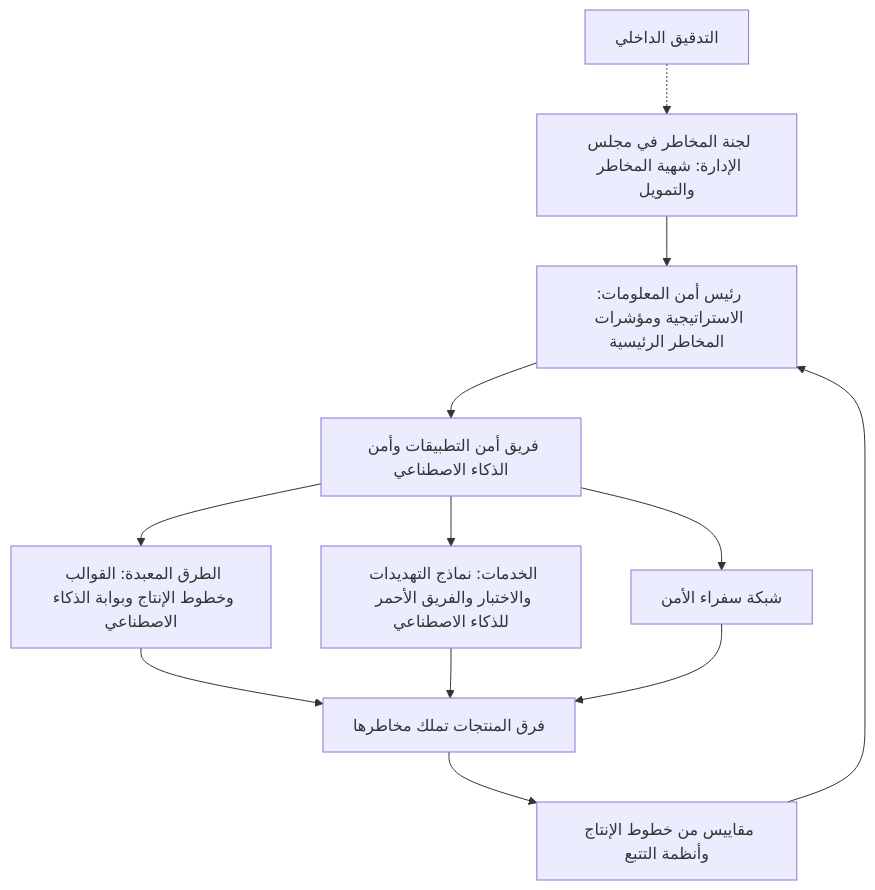
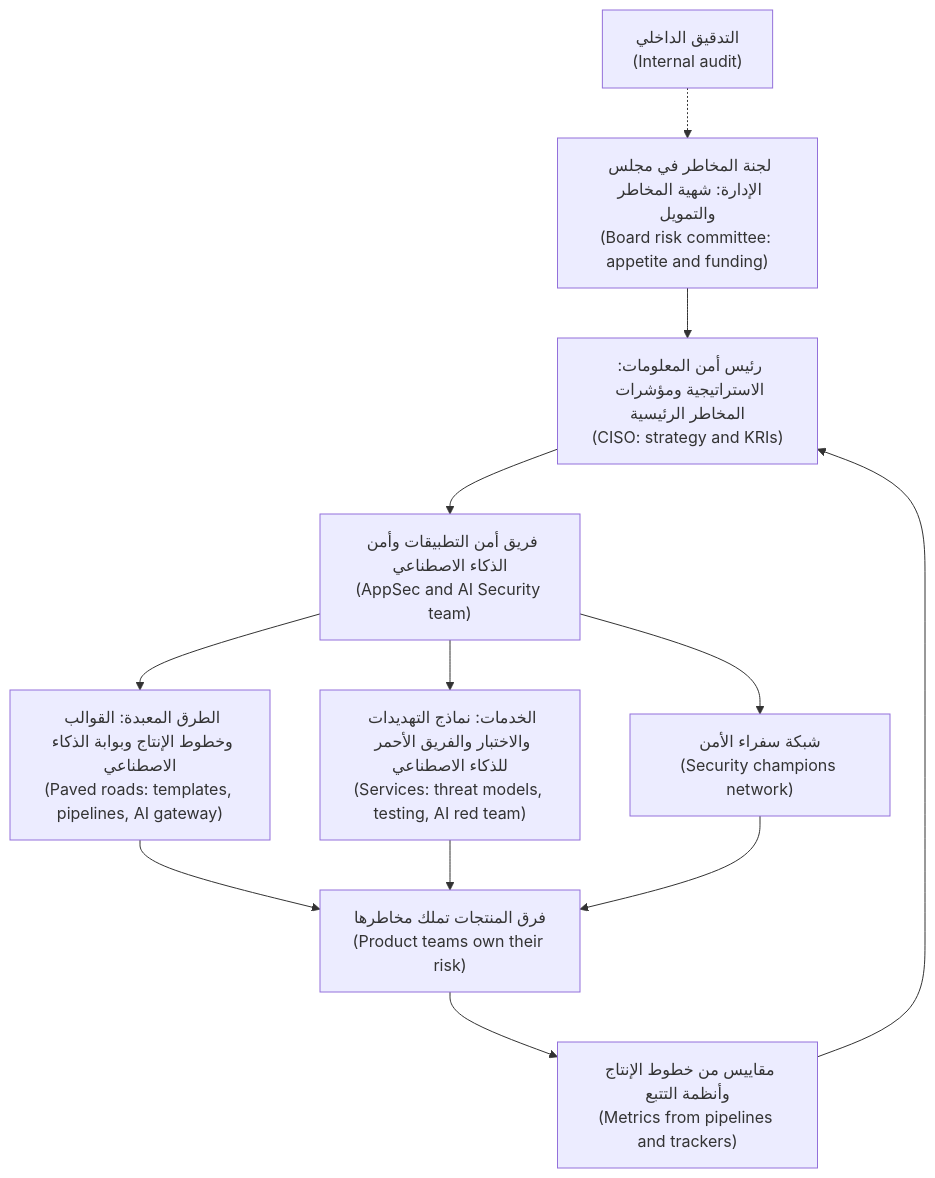
The third of 3 diagrams in secai/modules/11-governance.ar.md (Tamoura/system-design-for-vibe-coders), drawn with Mermaid before and after one commit. The commit also changed other lines of this file and 11 other files, not shown here.

First line of the commit message:
Security course: Arabic modules 10–11 reviewed; RTL diagrams with English labels for modules 0–11

````diff
--- a/secai/modules/11-governance.ar.md
+++ b/secai/modules/11-governance.ar.md
@@ -552,14 +552,14 @@
 ```mermaid
 flowchart TD
-    B["لجنة المخاطر في مجلس الإدارة: شهية المخاطر والتمويل"] --> H["رئيس أمن المعلومات: الاستراتيجية ومؤشرات المخاطر الرئيسية"]
-    H --> N["فريق أمن التطبيقات وأمن الذكاء الاصطناعي"]
-    N --> P["الطرق المعبدة: القوالب وخطوط الإنتاج وبوابة الذكاء الاصطناعي"]
-    N --> S["الخدمات: نماذج التهديدات والاختبار والفريق الأحمر للذكاء الاصطناعي"]
-    N --> C["شبكة سفراء الأمن"]
-    P --> T["فرق المنتجات تملك مخاطرها"]
+    B["لجنة المخاطر في مجلس الإدارة: شهية المخاطر والتمويل<br/>(Board risk committee: appetite and funding)"] --> H["رئيس أمن المعلومات: الاستراتيجية ومؤشرات المخاطر الرئيسية<br/>(CISO: strategy and KRIs)"]
+    H --> N["فريق أمن التطبيقات وأمن الذكاء الاصطناعي<br/>(AppSec and AI Security team)"]
+    N --> P["الطرق المعبدة: القوالب وخطوط الإنتاج وبوابة الذكاء الاصطناعي<br/>(Paved roads: templates, pipelines, AI gateway)"]
+    N --> S["الخدمات: نماذج التهديدات والاختبار والفريق الأحمر للذكاء الاصطناعي<br/>(Services: threat models, testing, AI red team)"]
+    N --> C["شبكة سفراء الأمن<br/>(Security champions network)"]
+    P --> T["فرق المنتجات تملك مخاطرها<br/>(Product teams own their risk)"]
     S --> T
     C --> T
-    T --> M["مقاييس من خطوط الإنتاج وأنظمة التتبع"]
+    T --> M["مقاييس من خطوط الإنتاج وأنظمة التتبع<br/>(Metrics from pipelines and trackers)"]
     M --> H
-    A["التدقيق الداخلي"] -.-> B
+    A["التدقيق الداخلي<br/>(Internal audit)"] -.-> B
 ```
````
